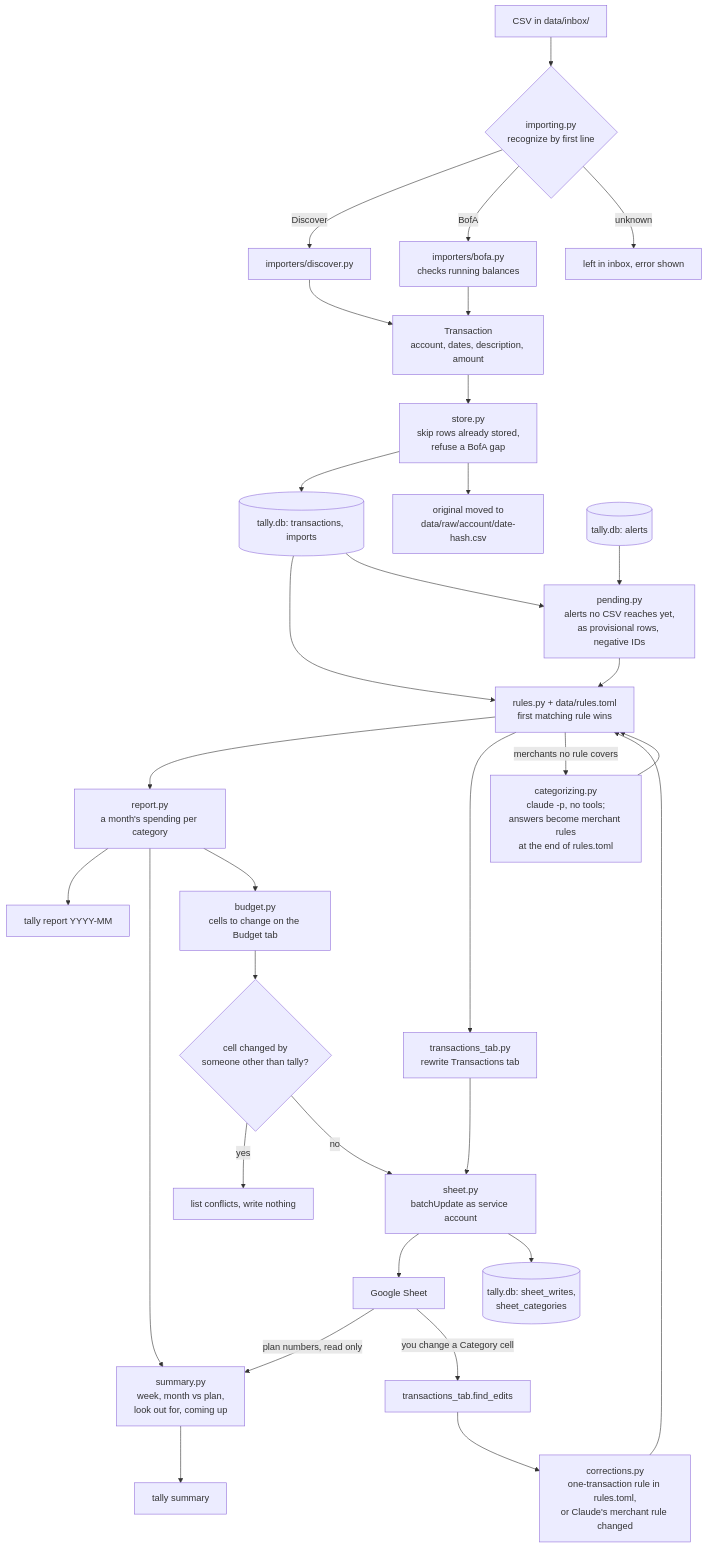
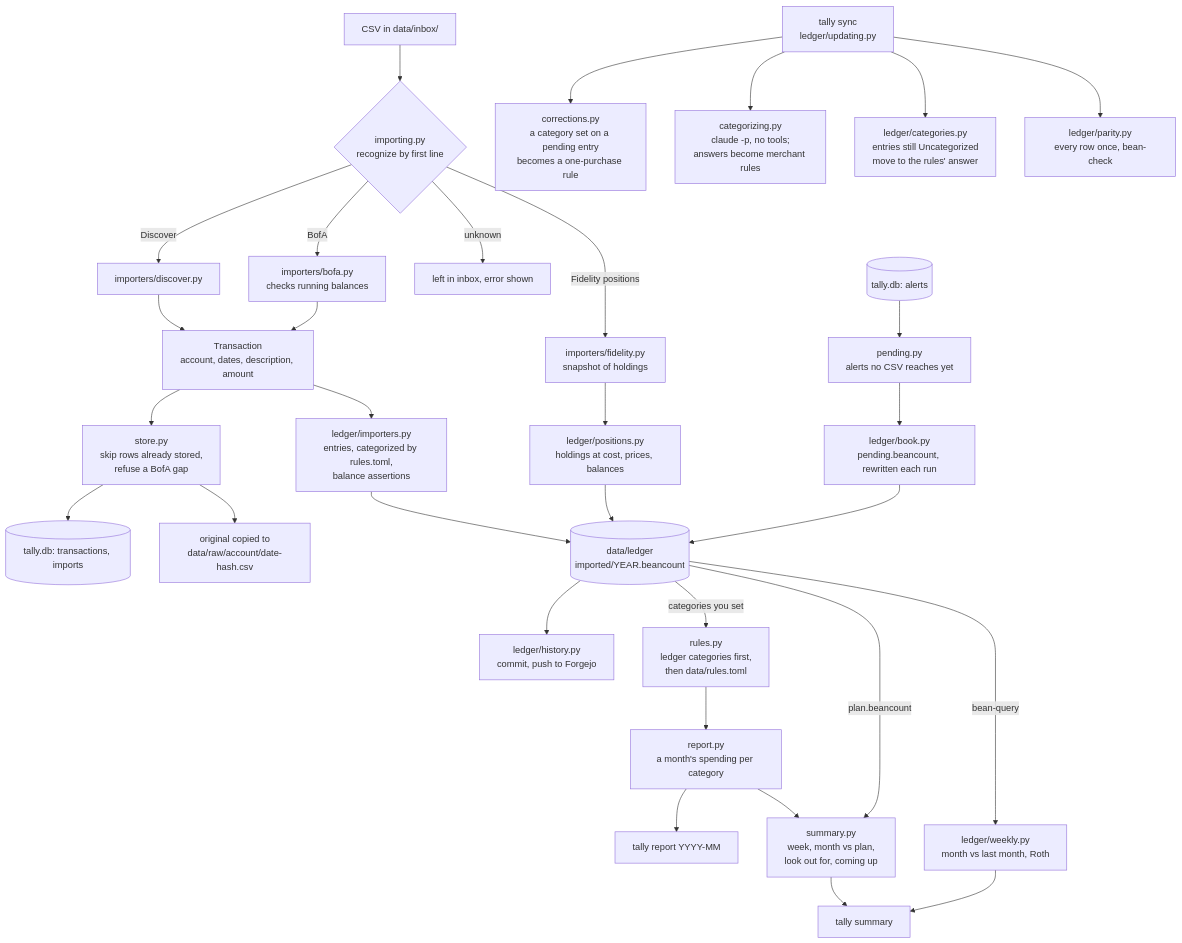
Before and after one commit to vmenon04/tally: the third of 6 diagrams in docs/architecture.md, drawn with Mermaid. The commit also changed other lines of this file and 5 other files, not shown here.

Commit message:
Update the docs for the ledger replacing the Sheet

````diff
--- a/docs/architecture.md
+++ b/docs/architecture.md
@@ -117,37 +121,36 @@
 ```mermaid
 flowchart TD
     csv["CSV in data/inbox/"] --> recognize{"importing.py<br/>recognize by first line"}
     recognize -- "Discover" --> dparse["importers/discover.py"]
     recognize -- "BofA" --> bparse["importers/bofa.py<br/>checks running balances"]
+    recognize -- "Fidelity positions" --> fparse["importers/fidelity.py<br/>snapshot of holdings"]
     recognize -- "unknown" --> stay["left in inbox, error shown"]
     dparse --> txn["Transaction<br/>account, dates, description, amount"]
     bparse --> txn
     txn --> save["store.py<br/>skip rows already stored,<br/>refuse a BofA gap"]
     save --> db[("tally.db: transactions, imports")]
-    save --> archive["original moved to<br/>data/raw/account/date-hash.csv"]
+    save --> archive["original copied to<br/>data/raw/account/date-hash.csv"]
 
-    db --> categorize["rules.py + data/rules.toml<br/>first matching rule wins"]
-    alerts_db[("tally.db: alerts")] --> waiting["pending.py<br/>alerts no CSV reaches yet,<br/>as provisional rows, negative IDs"]
-    db --> waiting
-    waiting --> categorize
-    categorize --> rep["report.py<br/>a month's spending per category"]
+    txn --> extract["ledger/importers.py<br/>entries, categorized by rules.toml,<br/>balance assertions"]
+    fparse --> positions["ledger/positions.py<br/>holdings at cost, prices, balances"]
+    extract --> ledger[("data/ledger<br/>imported/YEAR.beancount")]
+    positions --> ledger
+    alerts_db[("tally.db: alerts")] --> waiting["pending.py<br/>alerts no CSV reaches yet"]
+    waiting --> pend["ledger/book.py<br/>pending.beancount, rewritten each run"]
+    pend --> ledger
+    ledger --> history["ledger/history.py<br/>commit, push to Forgejo"]
+
+    ledger -- "categories you set" --> rulesx["rules.py<br/>ledger categories first,<br/>then data/rules.toml"]
+    rulesx --> rep["report.py<br/>a month's spending per category"]
     rep --> cli_report["tally report YYYY-MM"]
     rep --> weekly["summary.py<br/>week, month vs plan,<br/>look out for, coming up"]
-    gsheet -- "plan numbers, read only" --> weekly
+    ledger -- "plan.beancount" --> weekly
+    ledger -- "bean-query" --> lreport["ledger/weekly.py<br/>month vs last month, Roth"]
     weekly --> cli_summary["tally summary"]
+    lreport --> cli_summary
 
-    rep --> plan["budget.py<br/>cells to change on the Budget tab"]
-    plan --> conflicts{"cell changed by<br/>someone other than tally?"}
-    conflicts -- "yes" --> stop["list conflicts, write nothing"]
-    conflicts -- "no" --> write["sheet.py<br/>batchUpdate as service account"]
-    categorize --> tab["transactions_tab.py<br/>rewrite Transactions tab"]
-    tab --> write
-    write --> gsheet["Google Sheet"]
-    write --> record[("tally.db: sheet_writes,<br/>sheet_categories")]
-
-    gsheet -- "you change a Category cell" --> edits["transactions_tab.find_edits"]
-    edits --> corr["corrections.py<br/>one-transaction rule in rules.toml,<br/>or Claude's merchant rule changed"]
-    corr --> categorize
-    categorize -- "merchants no rule covers" --> claude["categorizing.py<br/>claude -p, no tools;<br/>answers become merchant rules<br/>at the end of rules.toml"]
-    claude --> categorize
+    sync["tally sync<br/>ledger/updating.py"] --> corr["corrections.py<br/>a category set on a pending entry<br/>becomes a one-purchase rule"]
+    sync --> claude["categorizing.py<br/>claude -p, no tools;<br/>answers become merchant rules"]
+    sync --> moves["ledger/categories.py<br/>entries still Uncategorized<br/>move to the rules' answer"]
+    sync --> parity["ledger/parity.py<br/>every row once, bean-check"]
 ```
````
